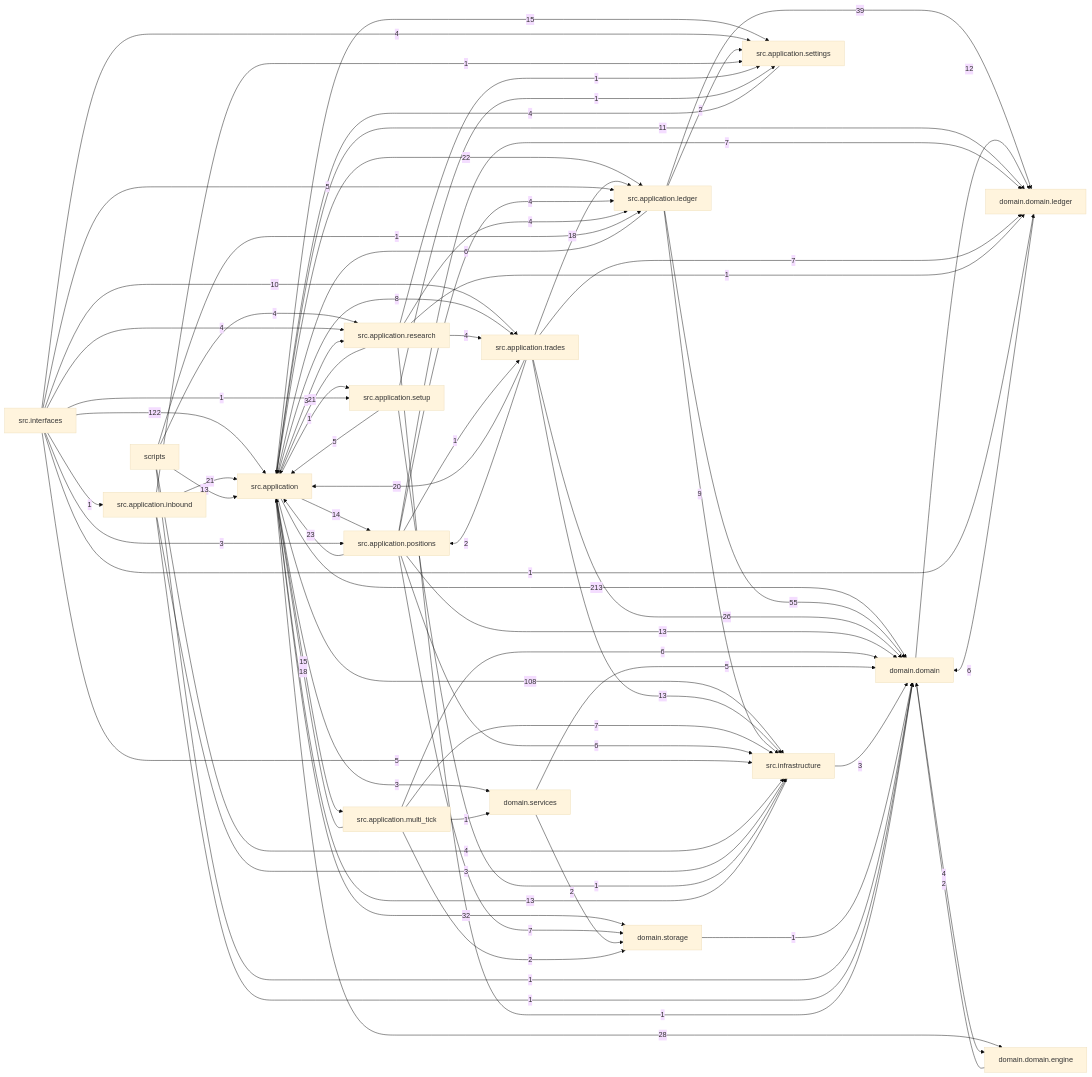
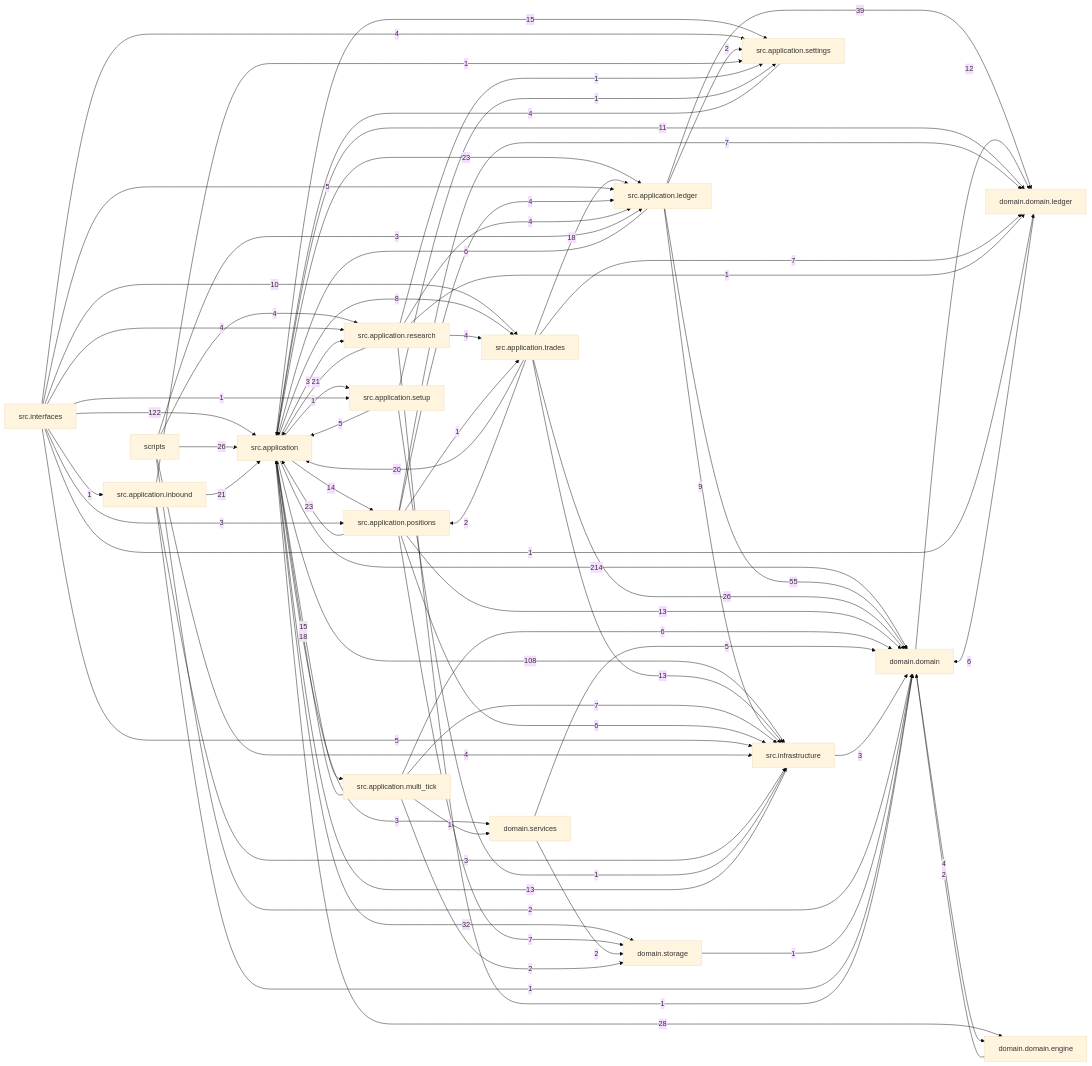
One commit to liuxie066/options-monitor changed the diagram in docs/dependency_graph.mmd. Above: the diagram before and after it, drawn with Mermaid (base theme). The commit also changed 15 other files, not shown here.

```diff
--- a/docs/dependency_graph.mmd
+++ b/docs/dependency_graph.mmd
@@ -1,75 +1,75 @@
 flowchart LR
-  src_application["src.application"] -->|213| domain_domain["domain.domain"]
+  src_application["src.application"] -->|214| domain_domain["domain.domain"]
   src_interfaces["src.interfaces"] -->|122| src_application["src.application"]
   src_application["src.application"] -->|108| src_infrastructure["src.infrastructure"]
   src_application_ledger["src.application.ledger"] -->|55| domain_domain["domain.domain"]
   src_application_ledger["src.application.ledger"] -->|39| domain_domain_ledger["domain.domain.ledger"]
   src_application["src.application"] -->|32| domain_storage["domain.storage"]
   src_application["src.application"] -->|28| domain_domain_engine["domain.domain.engine"]
+  scripts["scripts"] -->|26| src_application["src.application"]
   src_application_trades["src.application.trades"] -->|26| domain_domain["domain.domain"]
+  src_application["src.application"] -->|23| src_application_ledger["src.application.ledger"]
   src_application_positions["src.application.positions"] -->|23| src_application["src.application"]
-  src_application["src.application"] -->|22| src_application_ledger["src.application.ledger"]
   src_application_inbound["src.application.inbound"] -->|21| src_application["src.application"]
   src_application_research["src.application.research"] -->|21| src_application["src.application"]
   src_application_trades["src.application.trades"] -->|20| src_application["src.application"]
   src_application_multi_tick["src.application.multi_tick"] -->|18| src_application["src.application"]
   src_application_trades["src.application.trades"] -->|18| src_application_ledger["src.application.ledger"]
   src_application["src.application"] -->|15| src_application_multi_tick["src.application.multi_tick"]
   src_application["src.application"] -->|15| src_application_settings["src.application.settings"]
   src_application["src.application"] -->|14| src_application_positions["src.application.positions"]
-  scripts["scripts"] -->|13| src_application["src.application"]
   src_application_positions["src.application.positions"] -->|13| domain_domain["domain.domain"]
   src_application_trades["src.application.trades"] -->|13| src_infrastructure["src.infrastructure"]
   src_infrastructure["src.infrastructure"] -->|13| src_application["src.application"]
   domain_domain["domain.domain"] -->|12| domain_domain_ledger["domain.domain.ledger"]
   src_application["src.application"] -->|11| domain_domain_ledger["domain.domain.ledger"]
   src_interfaces["src.interfaces"] -->|10| src_application_trades["src.application.trades"]
   src_application_ledger["src.application.ledger"] -->|9| src_infrastructure["src.infrastructure"]
   src_application["src.application"] -->|8| src_application_trades["src.application.trades"]
   src_application_multi_tick["src.application.multi_tick"] -->|7| src_infrastructure["src.infrastructure"]
   src_application_positions["src.application.positions"] -->|7| domain_domain_ledger["domain.domain.ledger"]
   src_application_positions["src.application.positions"] -->|7| domain_storage["domain.storage"]
   src_application_trades["src.application.trades"] -->|7| domain_domain_ledger["domain.domain.ledger"]
   domain_domain_ledger["domain.domain.ledger"] -->|6| domain_domain["domain.domain"]
   src_application_ledger["src.application.ledger"] -->|6| src_application["src.application"]
   src_application_multi_tick["src.application.multi_tick"] -->|6| domain_domain["domain.domain"]
   src_application_positions["src.application.positions"] -->|6| src_infrastructure["src.infrastructure"]
   domain_services["domain.services"] -->|5| domain_domain["domain.domain"]
   src_application_setup["src.application.setup"] -->|5| src_application["src.application"]
   src_interfaces["src.interfaces"] -->|5| src_application_ledger["src.application.ledger"]
   src_interfaces["src.interfaces"] -->|5| src_infrastructure["src.infrastructure"]
   domain_domain["domain.domain"] -->|4| domain_domain_engine["domain.domain.engine"]
   scripts["scripts"] -->|4| src_application_research["src.application.research"]
   scripts["scripts"] -->|4| src_infrastructure["src.infrastructure"]
   src_application_positions["src.application.positions"] -->|4| src_application_ledger["src.application.ledger"]
   src_application_research["src.application.research"] -->|4| src_application_ledger["src.application.ledger"]
   src_application_research["src.application.research"] -->|4| src_application_trades["src.application.trades"]
   src_application_settings["src.application.settings"] -->|4| src_application["src.application"]
   src_interfaces["src.interfaces"] -->|4| src_application_research["src.application.research"]
   src_interfaces["src.interfaces"] -->|4| src_application_settings["src.application.settings"]
+  scripts["scripts"] -->|3| src_application_ledger["src.application.ledger"]
   src_application["src.application"] -->|3| domain_services["domain.services"]
   src_application["src.application"] -->|3| src_application_research["src.application.research"]
   src_application_inbound["src.application.inbound"] -->|3| src_infrastructure["src.infrastructure"]
   src_infrastructure["src.infrastructure"] -->|3| domain_domain["domain.domain"]
   src_interfaces["src.interfaces"] -->|3| src_application_positions["src.application.positions"]
   domain_domain_engine["domain.domain.engine"] -->|2| domain_domain["domain.domain"]
   domain_services["domain.services"] -->|2| domain_storage["domain.storage"]
+  scripts["scripts"] -->|2| domain_domain["domain.domain"]
   src_application_ledger["src.application.ledger"] -->|2| src_application_settings["src.application.settings"]
   src_application_multi_tick["src.application.multi_tick"] -->|2| domain_storage["domain.storage"]
   src_application_trades["src.application.trades"] -->|2| src_application_positions["src.application.positions"]
   domain_storage["domain.storage"] -->|1| domain_domain["domain.domain"]
-  scripts["scripts"] -->|1| domain_domain["domain.domain"]
-  scripts["scripts"] -->|1| src_application_ledger["src.application.ledger"]
   src_application["src.application"] -->|1| src_application_setup["src.application.setup"]
   src_application_inbound["src.application.inbound"] -->|1| domain_domain["domain.domain"]
   src_application_inbound["src.application.inbound"] -->|1| src_application_settings["src.application.settings"]
   src_application_multi_tick["src.application.multi_tick"] -->|1| domain_services["domain.services"]
   src_application_positions["src.application.positions"] -->|1| src_application_trades["src.application.trades"]
   src_application_research["src.application.research"] -->|1| domain_domain["domain.domain"]
   src_application_research["src.application.research"] -->|1| domain_domain_ledger["domain.domain.ledger"]
   src_application_research["src.application.research"] -->|1| src_application_settings["src.application.settings"]
   src_application_setup["src.application.setup"] -->|1| src_application_settings["src.application.settings"]
   src_application_setup["src.application.setup"] -->|1| src_infrastructure["src.infrastructure"]
   src_interfaces["src.interfaces"] -->|1| domain_domain_ledger["domain.domain.ledger"]
   src_interfaces["src.interfaces"] -->|1| src_application_inbound["src.application.inbound"]
   src_interfaces["src.interfaces"] -->|1| src_application_setup["src.application.setup"]
```
